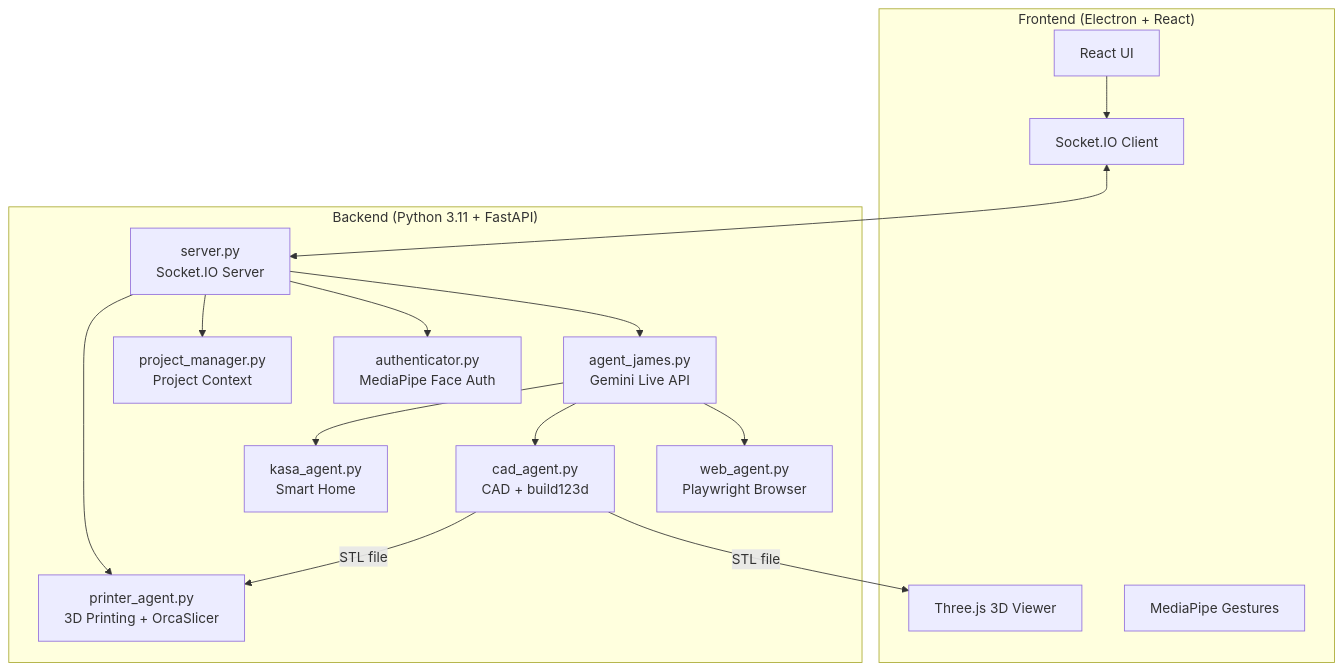
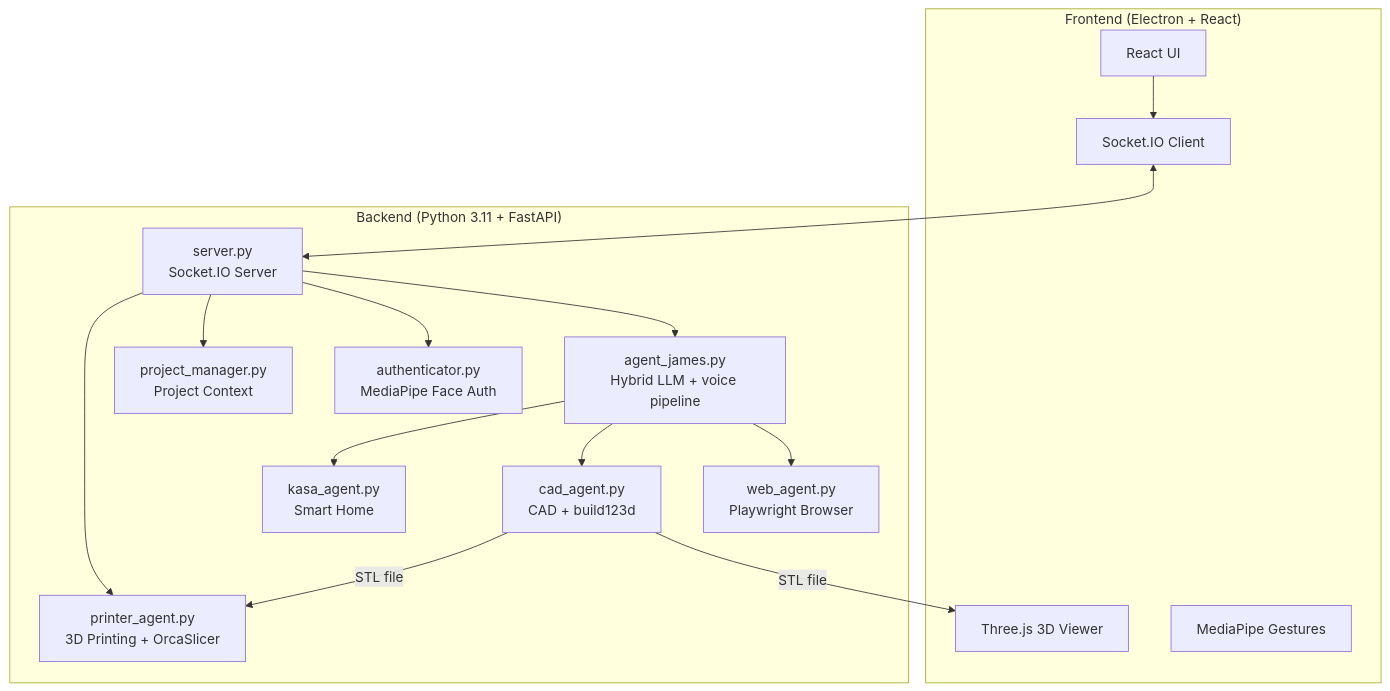
The diagram in README.md (Cyberdogs7/agent_james), drawn with Mermaid before and after one commit. The commit also changed other lines of this file and 29 other files, not shown here.

Commit message:
feat: remove google-genai, hybrid LLM + voice pipeline

````diff
--- a/README.md
+++ b/README.md
@@ -44,32 +44,32 @@
 ```mermaid
 graph TB
     subgraph Frontend ["Frontend (Electron + React)"]
         UI[React UI]
         THREE[Three.js 3D Viewer]
         GESTURE[MediaPipe Gestures]
         SOCKET_C[Socket.IO Client]
     end
     
     subgraph Backend ["Backend (Python 3.11 + FastAPI)"]
         SERVER[server.py<br/>Socket.IO Server]
-        JAMES[agent_james.py<br/>Gemini Live API]
+        JAMES[agent_james.py<br/>Hybrid LLM + voice pipeline]
         WEB[web_agent.py<br/>Playwright Browser]
         CAD[cad_agent.py<br/>CAD + build123d]
         PRINTER[printer_agent.py<br/>3D Printing + OrcaSlicer]
         KASA[kasa_agent.py<br/>Smart Home]
         AUTH[authenticator.py<br/>MediaPipe Face Auth]
         PM[project_manager.py<br/>Project Context]
     end
     
     UI --> SOCKET_C
     SOCKET_C <--> SERVER
     SERVER --> JAMES
     JAMES --> WEB
     JAMES --> CAD
     JAMES --> KASA
     SERVER --> AUTH
     SERVER --> PM
     SERVER --> PRINTER
     CAD -->|STL file| THREE
     CAD -->|STL file| PRINTER
 ```
````
